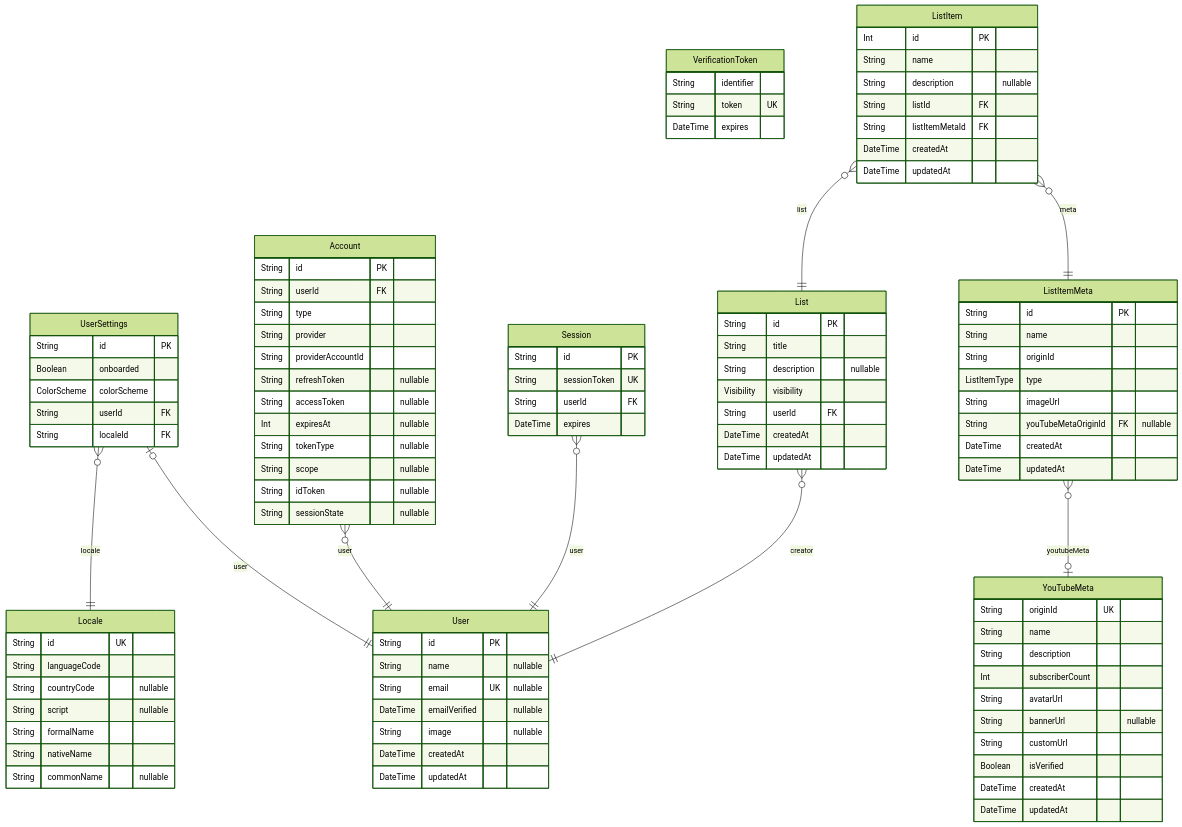
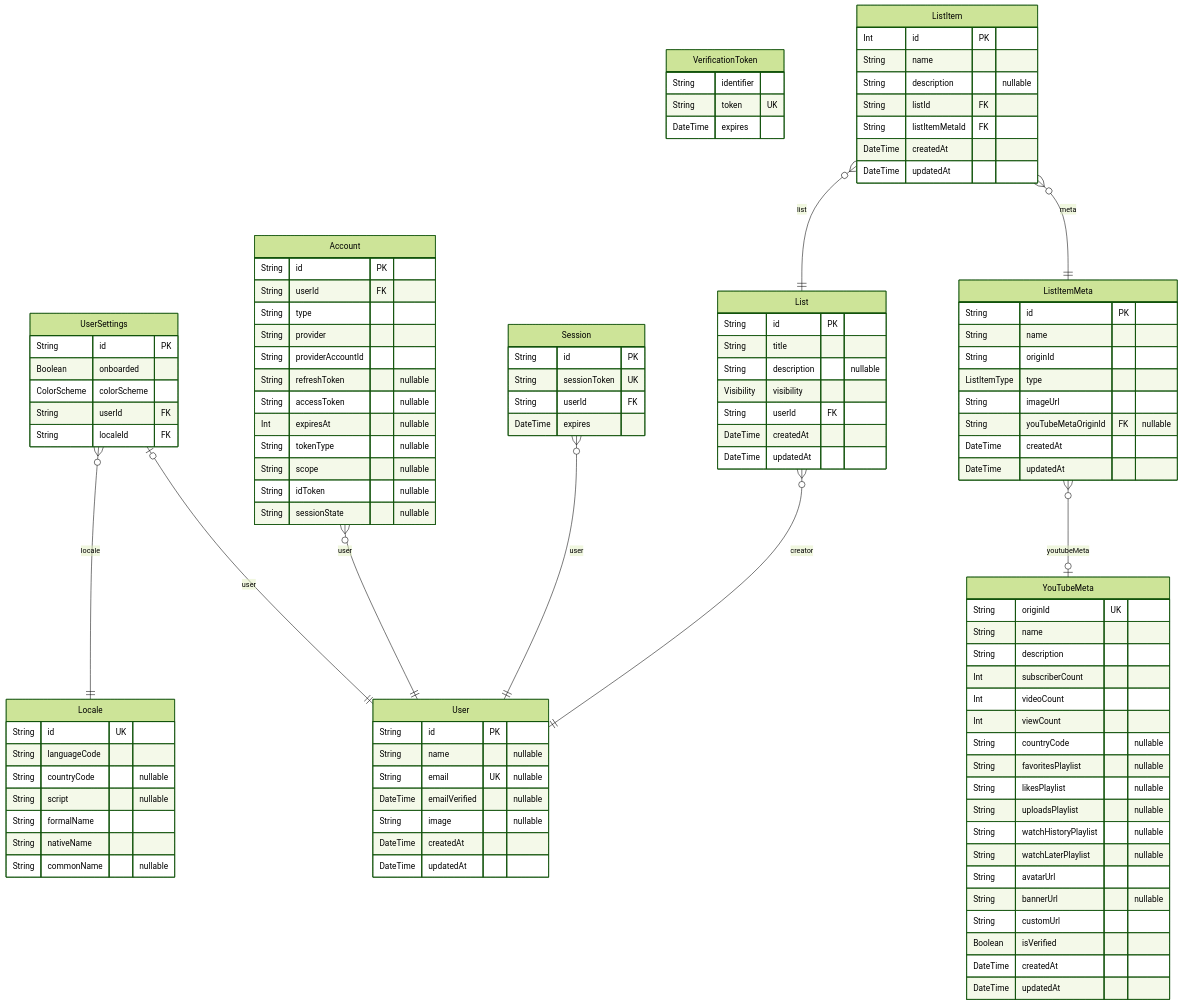
One commit to SedatUygur/YouTube-Mate changed the diagram in YouTube-Mate/prisma/YouTubeMate-ERD.md. Above: the diagram before and after it, drawn with Mermaid (forest theme). The commit also changed other lines of this file and 12 other files, not shown here.

```diff
--- a/YouTube-Mate/prisma/YouTubeMate-ERD.md
+++ b/YouTube-Mate/prisma/YouTubeMate-ERD.md
@@ -89,6 +89,14 @@
   String name
   String description
   Int subscriberCount
+  Int videoCount
+  Int viewCount
+  String countryCode "nullable"
+  String favoritesPlaylist "nullable"
+  String likesPlaylist "nullable"
+  String uploadsPlaylist "nullable"
+  String watchHistoryPlaylist "nullable"
+  String watchLaterPlaylist "nullable"
   String avatarUrl
   String bannerUrl "nullable"
   String customUrl
```
